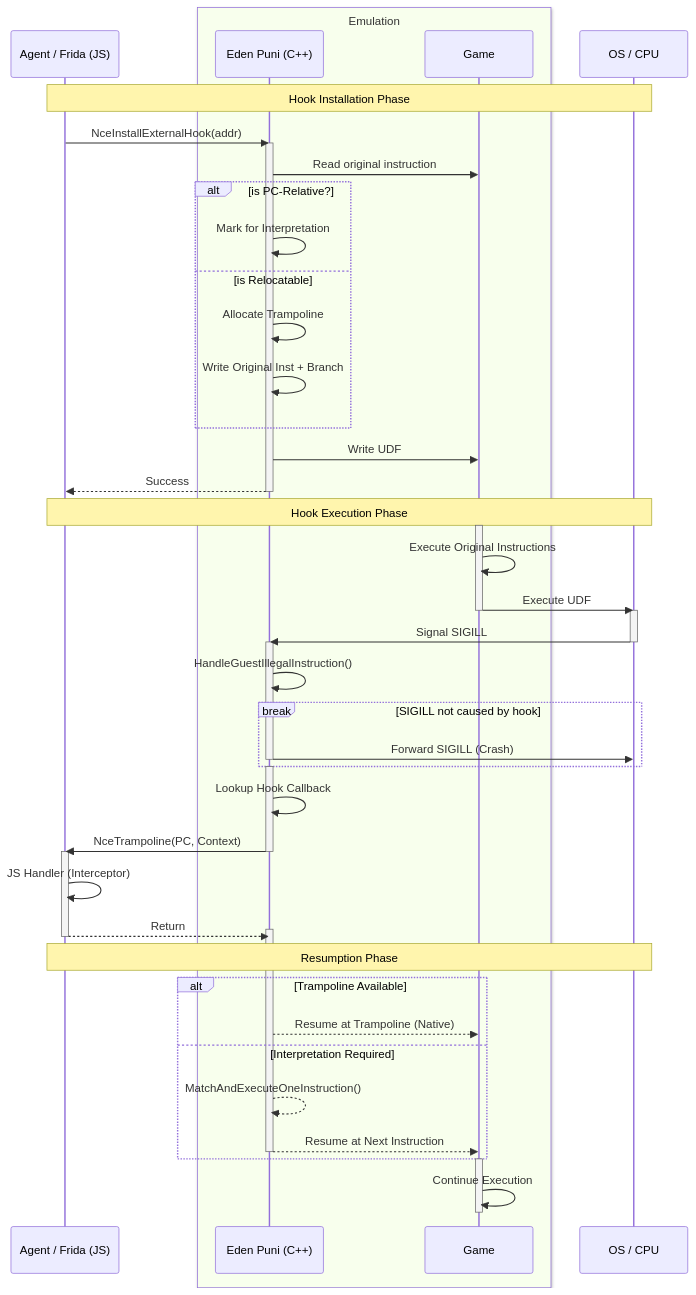
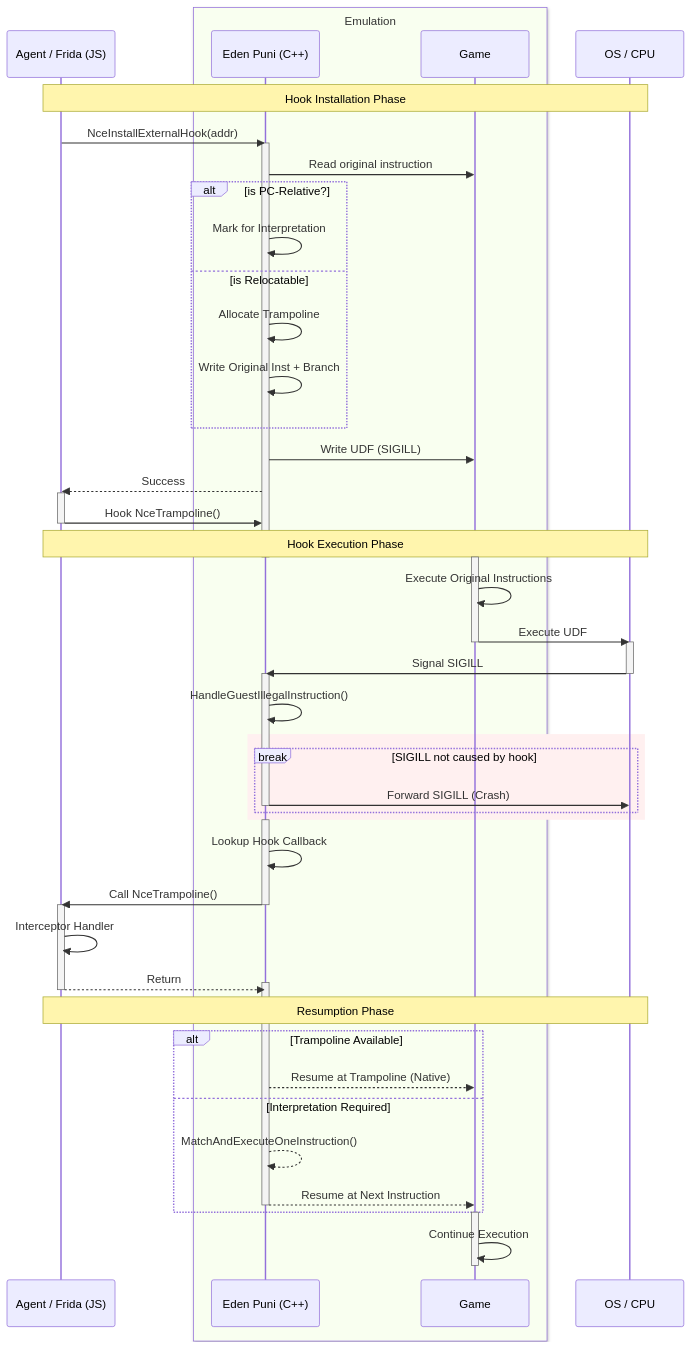
One commit to Mansive/puni-patcher changed the diagram in docs/nce_hooks_diagram.mmd. Above: the diagram before and after it, drawn with Mermaid. The commit also changed 1 other file, not shown here.

Commit message:
Improve diagram readability

```diff
--- a/docs/nce_hooks_diagram.mmd
+++ b/docs/nce_hooks_diagram.mmd
@@ -1,73 +1,78 @@
 %%{init: {
     %% 'theme': 'neo'
 }}%%
 
 sequenceDiagram
     %% autonumber
     participant F as Agent / Frida (JS)
-    box rgba(248, 255, 237, 1) Emulation
+    box rgb(249, 255, 240) Emulation
     participant E as Eden Puni (C++)
     participant G as Game
     end
     participant OS as OS / CPU
 
     Note over F, OS: Hook Installation Phase
 
     F->>E: NceInstallExternalHook(addr)
     activate E
     E->>G: Read original instruction
     
     alt is PC-Relative?
         E->>E: Mark for Interpretation
     else is Relocatable
         E->>E: Allocate Trampoline
         E->>E: Write Original Inst + Branch
     end
 
-    E->>G: Write UDF #0 (SIGILL)
+    E->>G: Write UDF (SIGILL)
     E-->>F: Success
-    deactivate E
+    activate F
+    F->>E: Hook NceTrampoline()
+    deactivate F
 
     Note over F, OS: Hook Execution Phase
+    deactivate E
 
     activate G
     G->>G: Execute Original Instructions
-    G->>OS: Execute UDF #0
+    G->>OS: Execute UDF
     deactivate G
     activate OS
     OS->>E: Signal SIGILL
     deactivate OS
     
     activate E
     
     E->>E: HandleGuestIllegalInstruction()
     
+    rect rgba(255, 240, 240, 1)
     break SIGILL not caused by hook
         E->>OS: Forward SIGILL (Crash)
-         deactivate E
+        deactivate E
+    end
     end
     activate  E
 
     E->>E: Lookup Hook Callback
     
-    E->>F: NceTrampoline(PC, Context)
+    E->>F: Call NceTrampoline()
     deactivate E
     activate F
-    F->>F: JS Handler (Interceptor)
+    F->>F: Interceptor Handler
     F-->>E: Return
     activate E
     deactivate F
     
     Note over F, OS: Resumption Phase
     
     alt Trampoline Available
         E-->>G: Resume at Trampoline (Native)
     else Interpretation Required
         E-->>E: MatchAndExecuteOneInstruction()
         E-->>G: Resume at Next Instruction
         deactivate E
     end
     
     activate G
     G->>G: Continue Execution
     deactivate G
```
